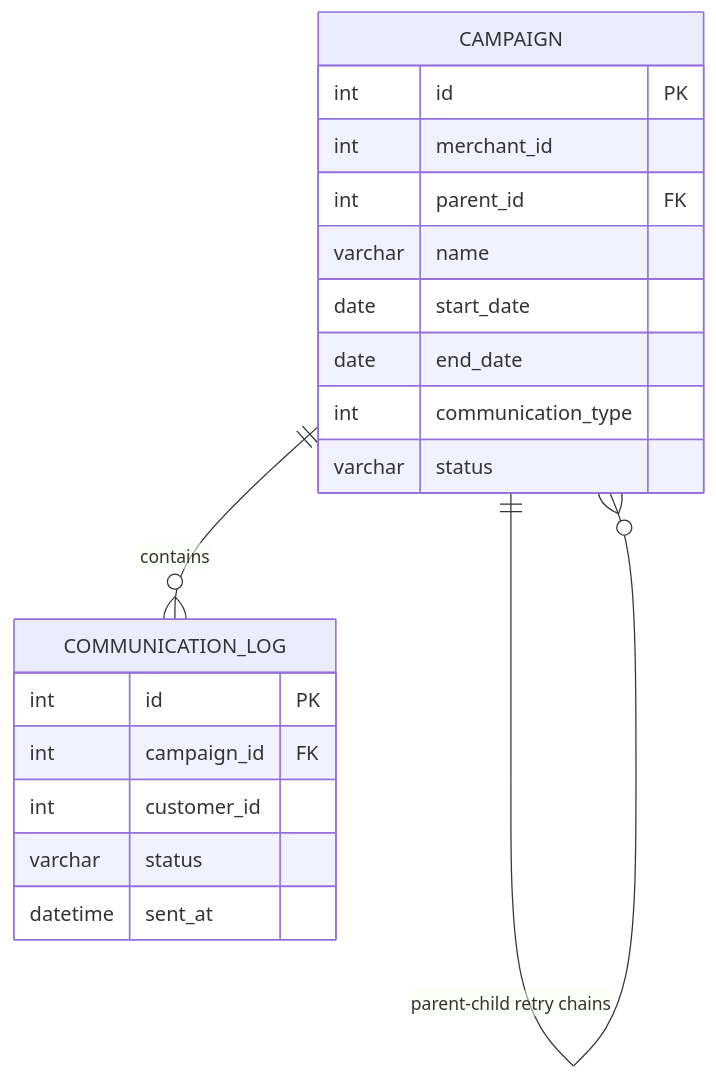
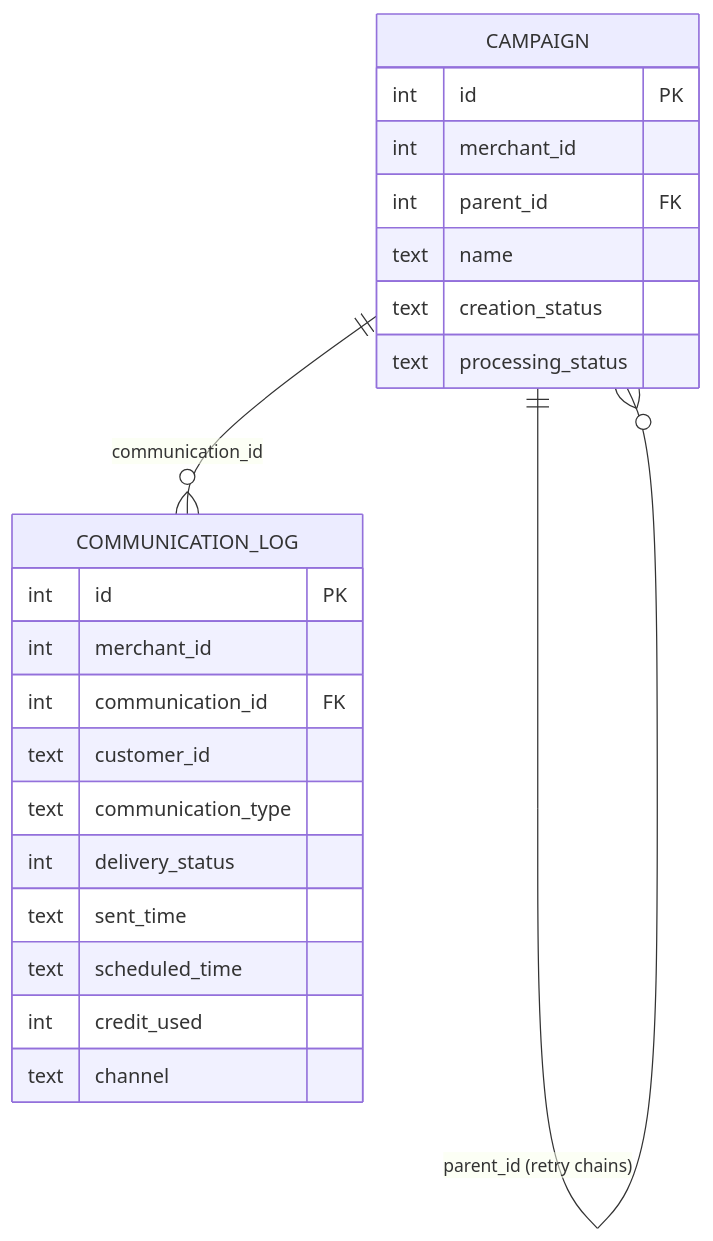
Before and after one commit to nakulsharma97/xeno-data-analyst-assignment: the diagram in README.md, drawn with Mermaid. The commit also changed other lines of this file and 2 other files, not shown here.

````diff
--- a/README.md
+++ b/README.md
@@ -23,24 +44,27 @@
 ```mermaid
 erDiagram
-    CAMPAIGN ||--o{ CAMPAIGN : "parent-child retry chains"
-    CAMPAIGN ||--o{ COMMUNICATION_LOG : contains
+    CAMPAIGN ||--o{ CAMPAIGN : "parent_id (retry chains)"
+    CAMPAIGN ||--o{ COMMUNICATION_LOG : "communication_id"
 
     CAMPAIGN {
         int id PK
         int merchant_id
         int parent_id FK
-        varchar name
-        date start_date
-        date end_date
-        int communication_type
-        varchar status
+        text name
+        text creation_status
+        text processing_status
     }
 
     COMMUNICATION_LOG {
         int id PK
-        int campaign_id FK
-        int customer_id
-        varchar status
-        datetime sent_at
+        int merchant_id
+        int communication_id FK
+        text customer_id
+        text communication_type
+        int delivery_status
+        text sent_time
+        text scheduled_time
+        int credit_used
+        text channel
     }
 ```
````
